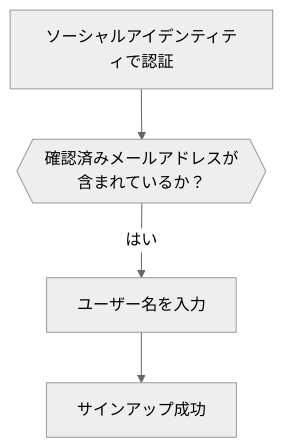
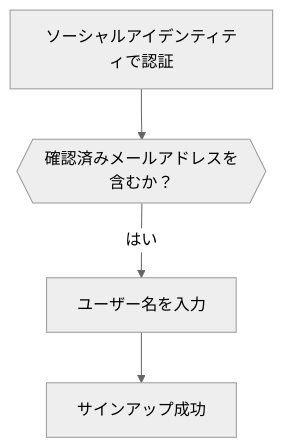
The third of 6 diagrams in i18n/ja/docusaurus-plugin-content-docs/current/end-user-flows/sign-up-and-sign-in/social-sign-in.mdx (logto-io/docs), drawn with Mermaid (neutral theme) before and after one commit. The commit also changed other lines of this file and 59 other files, not shown here.

````diff
--- a/i18n/ja/docusaurus-plugin-content-docs/current/end-user-flows/sign-up-and-sign-in/social-sign-in.mdx
+++ b/i18n/ja/docusaurus-plugin-content-docs/current/end-user-flows/sign-up-and-sign-in/social-sign-in.mdx
@@ -143,6 +116,6 @@
    ```mermaid
    flowchart TD
-      A[ソーシャルアイデンティティで認証] --> B{{確認済みメールアドレスが含まれているか？}}
+      A[ソーシャルアイデンティティで認証] --> B{{確認済みメールアドレスを含むか？}}
       B -- はい --> C[ユーザー名を入力]
       C --> D[サインアップ成功]
    ```
````
